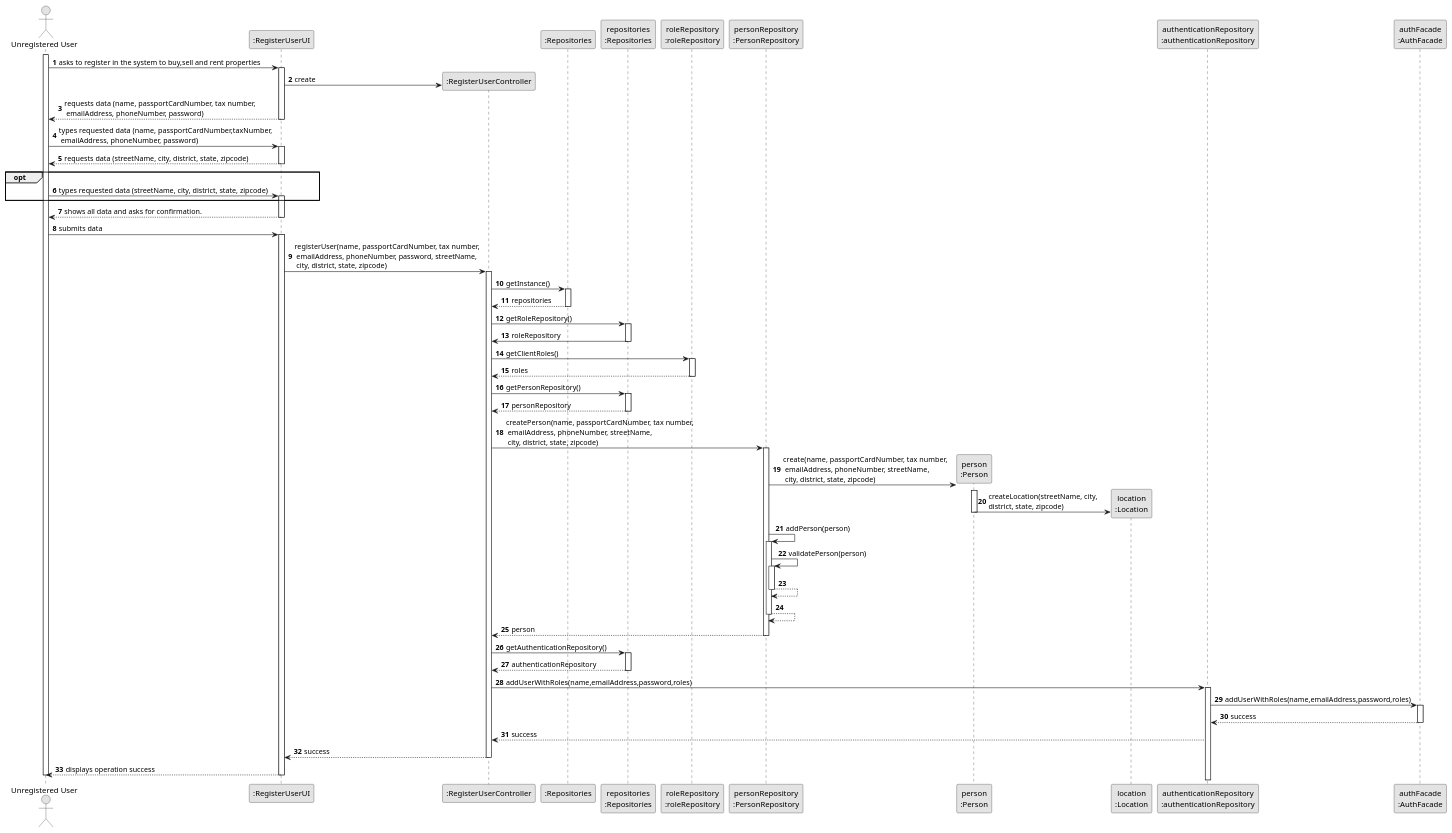
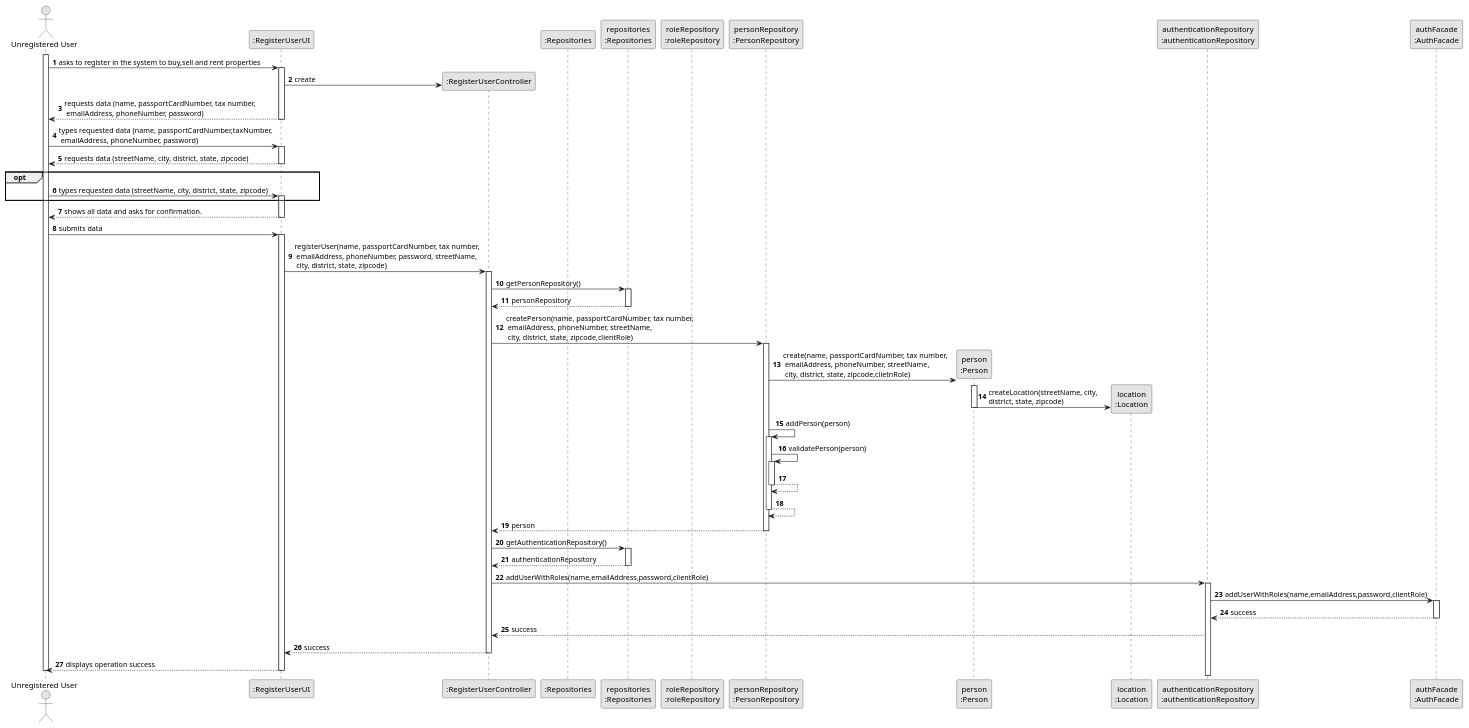
Before and after one commit to rita-barbosa/LAPR2-2223: the diagram in docs/sprintB/us007/03.design/puml/us007-sequence-diagram-split.puml, drawn with PlantUML. The commit also changed 1 other file, not shown here.

Commit message:
Update of class and sequence diagram [US007][Design]

```diff
--- a/docs/sprintB/us007/03.design/puml/us007-sequence-diagram-split.puml
+++ b/docs/sprintB/us007/03.design/puml/us007-sequence-diagram-split.puml
@@ -1,129 +1,110 @@
 @startuml
 skinparam monochrome true
 skinparam packageStyle rectangle
 skinparam shadowing false
 
 autonumber
 
 'hide footbox
 actor "Unregistered User" as ADM
 participant ":RegisterUserUI" as UI
 participant ":RegisterUserController" as CTRL
 participant ":Repositories" as RepositorySingleton
 participant "repositories\n:Repositories" as PLAT
 participant "roleRepository\n:roleRepository" as RoleRepository
 participant "personRepository\n:PersonRepository" as PERSONREP
 participant "person\n:Person" as PERSON
 participant "location\n:Location" as LOCATION
 participant "authenticationRepository\n:authenticationRepository" as AUTHREP
 participant "authFacade\n:AuthFacade"  as AUTHFACADE
 
 
 
 activate ADM
 
     ADM -> UI : asks to register in the system to buy,sell and rent properties
     activate UI
 
     UI -> CTRL**: create
 
     UI --> ADM : requests data (name, passportCardNumber, tax number,\n emailAddress, phoneNumber, password)
     deactivate UI
 
     ADM -> UI : types requested data (name, passportCardNumber,taxNumber,\n emailAddress, phoneNumber, password)
     activate UI
 
     UI --> ADM : requests data (streetName, city, district, state, zipcode)
     deactivate UI
 
     opt
     ADM -> UI : types requested data (streetName, city, district, state, zipcode)
     activate UI
     end opt
 
     UI --> ADM : shows all data and asks for confirmation.
     deactivate UI
 
     ADM -> UI : submits data
     activate UI
 
     UI -> CTRL : registerUser(name, passportCardNumber, tax number,\n emailAddress, phoneNumber, password, streetName,\n city, district, state, zipcode)
     activate CTRL
 
-    CTRL -> RepositorySingleton : getInstance()
-            activate RepositorySingleton
+    CTRL -> PLAT : getPersonRepository()
+    activate PLAT
 
-                RepositorySingleton --> CTRL: repositories
-            deactivate RepositorySingleton
+    PLAT --> CTRL : personRepository
+    deactivate PLAT
 
-            CTRL -> PLAT : getRoleRepository()
-            activate PLAT
+    CTRL -> PERSONREP : createPerson(name, passportCardNumber, tax number,\n emailAddress, phoneNumber, streetName,\n city, district, state, zipcode,clientRole)
+   activate PERSONREP
 
-                PLAT -> CTRL : roleRepository
-            deactivate PLAT
+    PERSONREP -> PERSON** : create(name, passportCardNumber, tax number,\n emailAddress, phoneNumber, streetName,\n city, district, state, zipcode,clietnRole)
+    activate PERSON
 
+    PERSON -> LOCATION** : createLocation(streetName, city, \ndistrict, state, zipcode)
+    deactivate PERSON
 
-            CTRL -> RoleRepository : getClientRoles()
-            activate RoleRepository
+    PERSONREP -> PERSONREP: addPerson(person)
+    activate PERSONREP
 
-                RoleRepository --> CTRL : roles
-            deactivate RoleRepository
+        PERSONREP -> PERSONREP: validatePerson(person)
+        activate PERSONREP
 
-            CTRL -> PLAT : getPersonRepository()
-            activate PLAT
+        PERSONREP --> PERSONREP :
+        deactivate PERSONREP
 
-            PLAT --> CTRL : personRepository
-            deactivate PLAT
+    PERSONREP --> PERSONREP :
+    deactivate PERSONREP
 
-            CTRL -> PERSONREP : createPerson(name, passportCardNumber, tax number,\n emailAddress, phoneNumber, streetName,\n city, district, state, zipcode)
-           activate PERSONREP
+    PERSONREP --> CTRL : person
+    deactivate PERSONREP
 
-            PERSONREP -> PERSON** : create(name, passportCardNumber, tax number,\n emailAddress, phoneNumber, streetName,\n city, district, state, zipcode)
-            activate PERSON
+    CTRL -> PLAT : getAuthenticationRepository()
+    activate PLAT
 
-            PERSON -> LOCATION** : createLocation(streetName, city, \ndistrict, state, zipcode)
-            deactivate PERSON
+    PLAT --> CTRL: authenticationRepository
+    deactivate PLAT
 
-            PERSONREP -> PERSONREP: addPerson(person)
-            activate PERSONREP
+    CTRL -> AUTHREP : addUserWithRoles(name,emailAddress,password,clientRole)
+    activate AUTHREP
 
-                PERSONREP -> PERSONREP: validatePerson(person)
-                activate PERSONREP
+    AUTHREP -> AUTHFACADE: addUserWithRoles(name,emailAddress,password,clientRole)
+    activate AUTHFACADE
 
-                PERSONREP --> PERSONREP :
-                deactivate PERSONREP
+    AUTHFACADE --> AUTHREP: success
+    deactivate AUTHFACADE
 
-            PERSONREP --> PERSONREP :
-            deactivate PERSONREP
+    AUTHREP --> CTRL : success
 
-            PERSONREP --> CTRL : person
-            deactivate PERSONREP
-
-            CTRL -> PLAT : getAuthenticationRepository()
-            activate PLAT
-
-            PLAT --> CTRL: authenticationRepository
-            deactivate PLAT
-
-            CTRL -> AUTHREP : addUserWithRoles(name,emailAddress,password,roles)
-            activate AUTHREP
-
-            AUTHREP -> AUTHFACADE: addUserWithRoles(name,emailAddress,password,roles)
-            activate AUTHFACADE
-
-            AUTHFACADE --> AUTHREP: success
-            deactivate AUTHFACADE
-
-            AUTHREP --> CTRL : success
-
-            CTRL --> UI :success
-            deactivate CTRL
+    CTRL --> UI :success
+    deactivate CTRL
 
     UI --> ADM : displays operation success
     deactivate UI
 
 
 
 deactivate ADM
 
 @enduml
```
